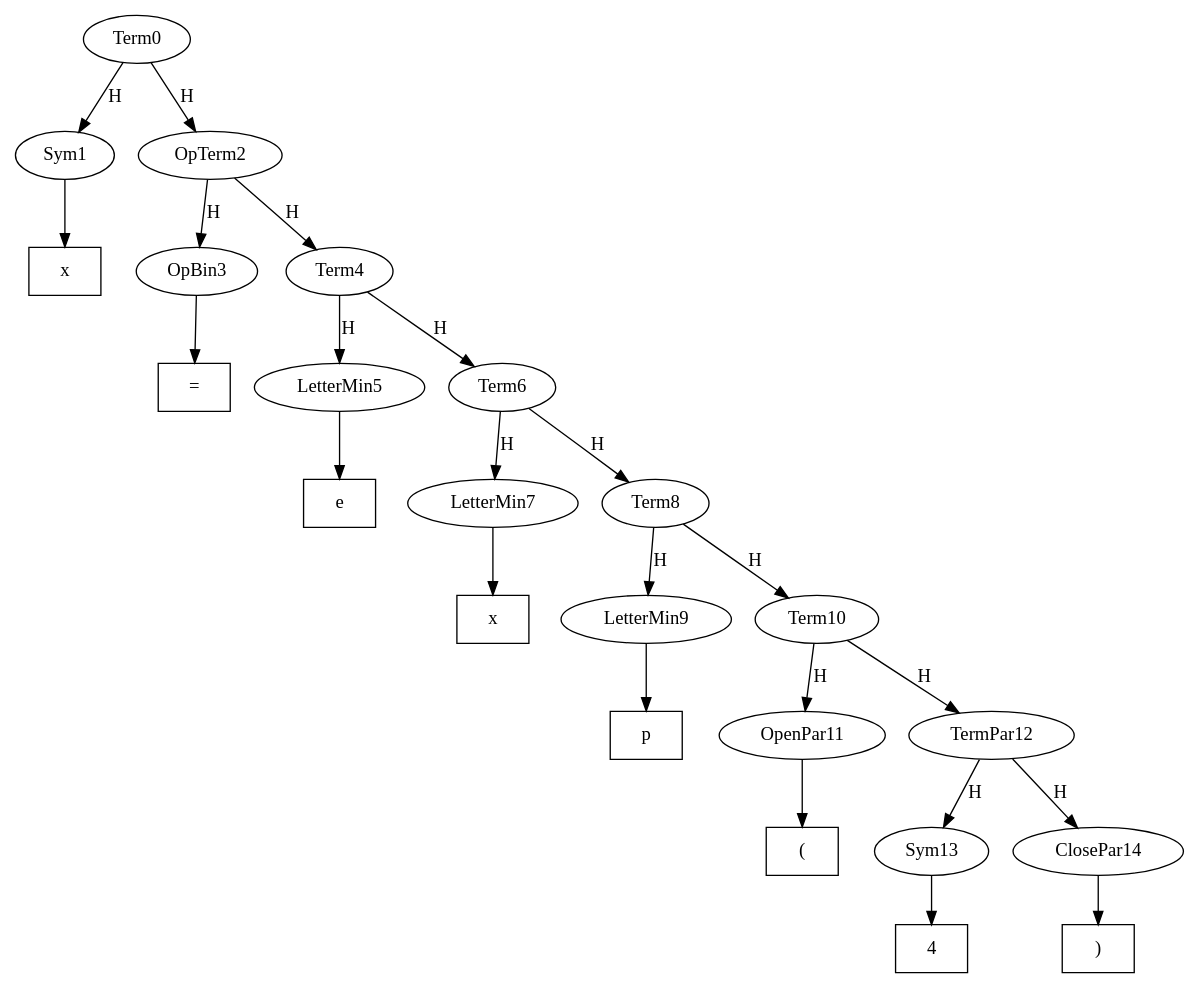
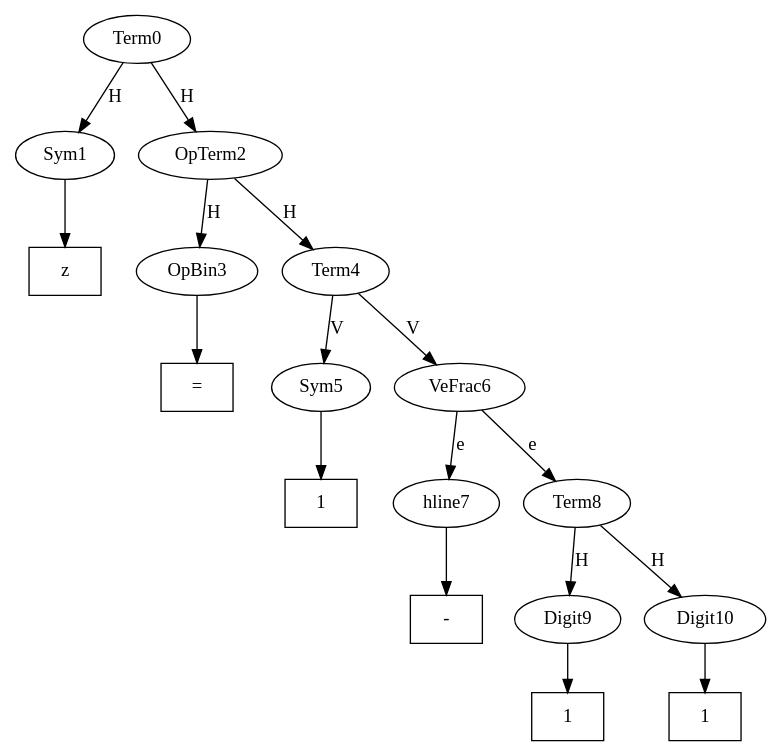
Before and after one commit to singator/UROPS2020: the diagram in Seshat-master/out.dot, drawn with Graphviz. The commit also changed 10 other files, not shown here.

```diff
--- a/Seshat-master/out.dot
+++ b/Seshat-master/out.dot
@@ -1,32 +1,24 @@
 digraph mathExp{
 Term0 -> Sym1 [label=H]
-Tx1 [shape=box,label="x"]
-Sym1 -> Tx1
+Tz1 [shape=box,label="z"]
+Sym1 -> Tz1
 Term0 -> OpTerm2 [label=H]
 OpTerm2 -> OpBin3 [label=H]
 Te3 [shape=box,label="="]
 OpBin3 -> Te3
 OpTerm2 -> Term4 [label=H]
-Term4 -> LetterMin5 [label=H]
-Te5 [shape=box,label="e"]
-LetterMin5 -> Te5
-Term4 -> Term6 [label=H]
-Term6 -> LetterMin7 [label=H]
-Tx7 [shape=box,label="x"]
-LetterMin7 -> Tx7
-Term6 -> Term8 [label=H]
-Term8 -> LetterMin9 [label=H]
-Tp9 [shape=box,label="p"]
-LetterMin9 -> Tp9
-Term8 -> Term10 [label=H]
-Term10 -> OpenPar11 [label=H]
-TL11 [shape=box,label="("]
-OpenPar11 -> TL11
-Term10 -> TermPar12 [label=H]
-TermPar12 -> Sym13 [label=H]
-T413 [shape=box,label="4"]
-Sym13 -> T413
-TermPar12 -> ClosePar14 [label=H]
-TR14 [shape=box,label=")"]
-ClosePar14 -> TR14
+Term4 -> Sym5 [label=V]
+T15 [shape=box,label="1"]
+Sym5 -> T15
+Term4 -> VeFrac6 [label=V]
+VeFrac6 -> hline7 [label=e]
+Tm7 [shape=box,label="-"]
+hline7 -> Tm7
+VeFrac6 -> Term8 [label=e]
+Term8 -> Digit9 [label=H]
+T19 [shape=box,label="1"]
+Digit9 -> T19
+Term8 -> Digit10 [label=H]
+T110 [shape=box,label="1"]
+Digit10 -> T110
 }
```
